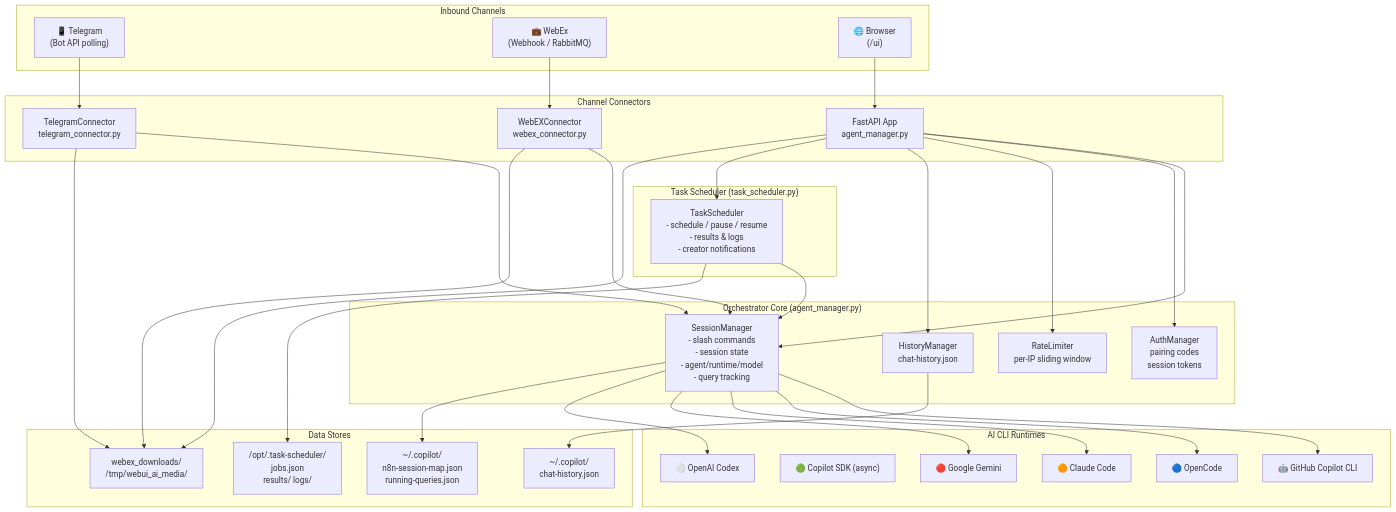
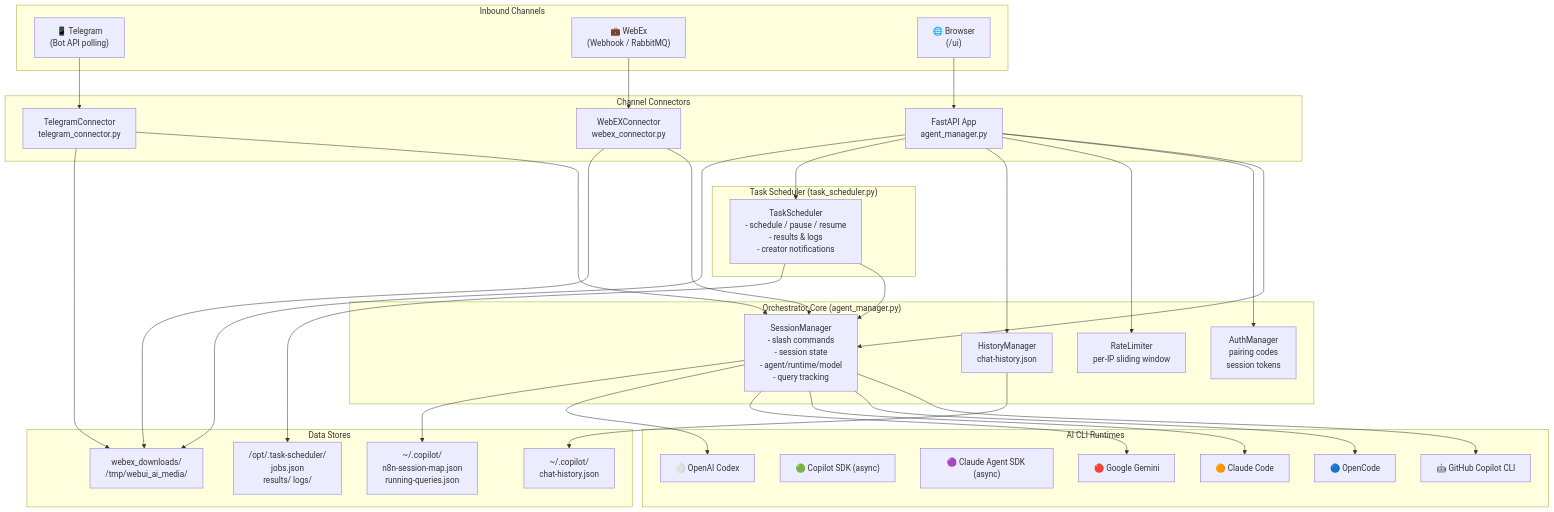
One commit to leprachuan/Wee-Orchestrator changed the first of 6 diagrams in ARCHITECTURE.md. Above: the diagram before and after it, drawn with Mermaid. The commit also changed other lines of this file and 4 other files, not shown here.

First line of the commit message:
feat(#77): Add Claude Agent SDK runtime

````diff
--- a/ARCHITECTURE.md
+++ b/ARCHITECTURE.md
@@ -44,67 +44,68 @@
 ```mermaid
 graph TB
     subgraph Inbound["Inbound Channels"]
         TG["📱 Telegram\n(Bot API polling)"]
         WX["💼 WebEx\n(Webhook / RabbitMQ)"]
         BR["🌐 Browser\n(/ui)"]
     end
 
     subgraph Connectors["Channel Connectors"]
         TC["TelegramConnector\ntelegram_connector.py"]
         WC["WebEXConnector\nwebex_connector.py"]
         FA["FastAPI App\nagent_manager.py"]
     end
 
     subgraph Core["Orchestrator Core (agent_manager.py)"]
         SM["SessionManager\n- slash commands\n- session state\n- agent/runtime/model\n- query tracking"]
         HM["HistoryManager\nchat-history.json"]
         AM["AuthManager\npairing codes\nsession tokens"]
         RL["RateLimiter\nper-IP sliding window"]
     end
 
     subgraph Scheduler["Task Scheduler (task_scheduler.py)"]
         TS["TaskScheduler\n- schedule / pause / resume\n- results & logs\n- creator notifications"]
     end
 
     subgraph Runtimes["AI CLI Runtimes"]
         CP["🤖 GitHub Copilot CLI"]
         CS["🟢 Copilot SDK (async)"]
+        CAS["🟣 Claude Agent SDK (async)"]
         OC["🔵 OpenCode"]
         CL["🟠 Claude Code"]
         GM["🔴 Google Gemini"]
         CX["⚪ OpenAI Codex"]
     end
 
     subgraph Storage["Data Stores"]
         SJ["~/.copilot/\nn8n-session-map.json\nrunning-queries.json"]
         CH["~/.copilot/\nchat-history.json"]
         JF["/opt/.task-scheduler/\njobs.json\nresults/  logs/"]
         UF["webex_downloads/\n/tmp/webui_ai_media/"]
     end
 
     TG --> TC
     WX --> WC
     BR --> FA
 
     TC --> SM
     WC --> SM
     FA --> SM
     FA --> AM
     FA --> RL
     FA --> HM
     FA --> TS
 
     SM --> CP
     SM --> OC
     SM --> CL
     SM --> GM
     SM --> CX
     SM --> SJ
 
     HM --> CH
     TS --> SM
     TS --> JF
     TC --> UF
     WC --> UF
     FA --> UF
 ```
````
